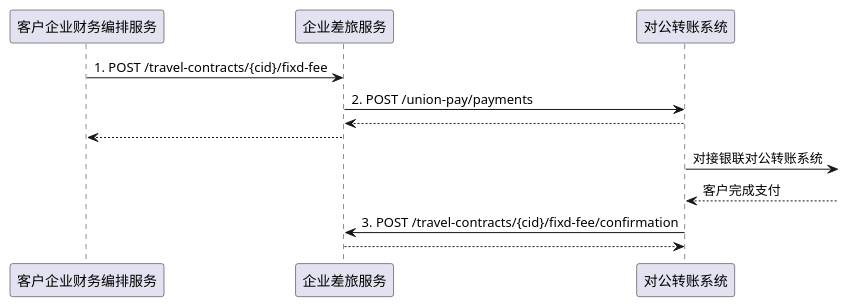
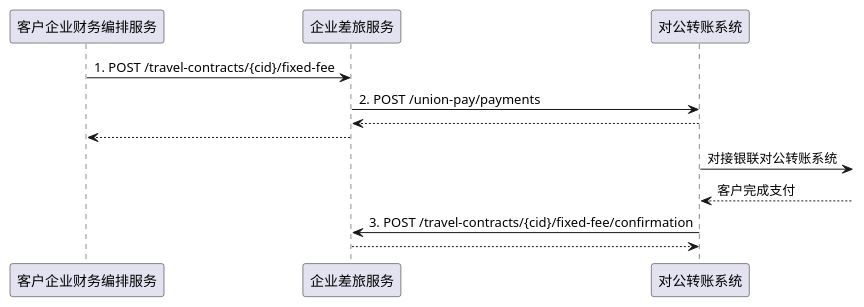
One commit to deesyx/heima changed the diagram in images/CPbefore.wsd. Above: the diagram before and after it, drawn with PlantUML. The commit also changed 17 other files, not shown here.

```diff
--- a/images/CPbefore.wsd
+++ b/images/CPbefore.wsd
@@ -1,16 +1,16 @@
 @startuml
 
 participant 客户企业财务编排服务 as f
 participant 企业差旅服务 as t
 participant 对公转账系统 as u
 
-f -> t: 1. POST /travel-contracts/{cid}/fixd-fee
+f -> t: 1. POST /travel-contracts/{cid}/fixed-fee
 t -> u: 2. POST /union-pay/payments
 u --> t
 t --> f
 u -> : 对接银联对公转账系统
 u <-- : 客户完成支付
-u -> t: 3. POST /travel-contracts/{cid}/fixd-fee/confirmation
+u -> t: 3. POST /travel-contracts/{cid}/fixed-fee/confirmation
 t --> u
 
 @enduml
```
